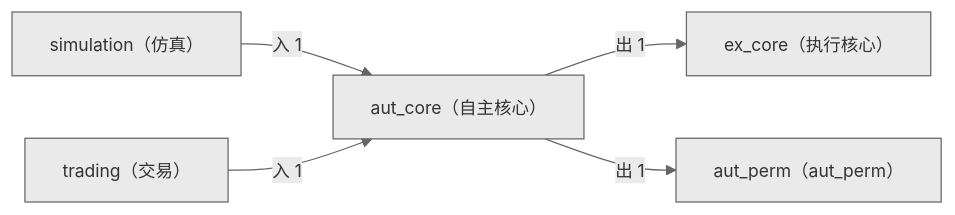
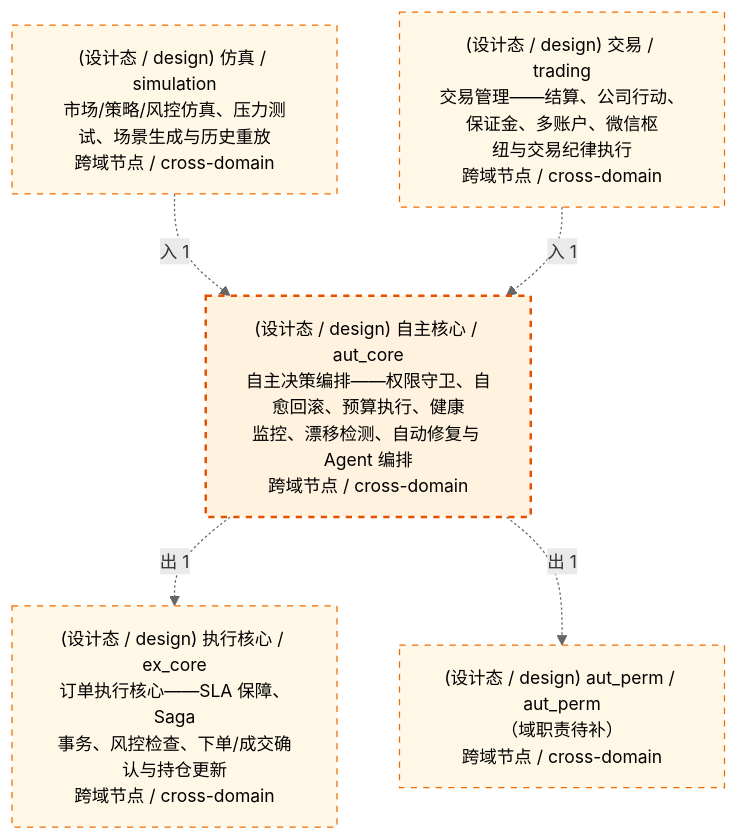
One commit to xuanFelixVan/ZephyrAlpha changed the third of 3 diagrams in docs/02_enterprise_architecture/06_decision_architecture/13_decision_l3_aut_core.md. Above: the diagram before and after it, drawn with Mermaid. The commit also changed other lines of this file and 23 other files, not shown here.

First line of the commit message:
feat(decisiongraph): 决策流图生成器模板 V1.2 全面升级——严格三视图+四要素标签+classDef四色+HTML联动

````diff
--- a/docs/02_enterprise_architecture/06_decision_architecture/13_decision_l3_aut_core.md
+++ b/docs/02_enterprise_architecture/06_decision_architecture/13_decision_l3_aut_core.md
@@ -88,13 +199,19 @@
 ```mermaid
-%%{init: {'theme': 'base', 'themeVariables': {'primaryColor': '#eaeaea', 'primaryTextColor': '#333333', 'primaryBorderColor': '#666666', 'lineColor': '#666666', 'secondaryColor': '#eaeaea', 'tertiaryColor': '#eaeaea', 'fontSize': '14px'}}}%%
-flowchart LR
-    SELF["aut_core（自主核心）"]
-    EXT_ex_core["ex_core（执行核心）"]
-    SELF -->|出 1| EXT_ex_core
-    EXT_aut_perm["aut_perm（aut_perm）"]
-    SELF -->|出 1| EXT_aut_perm
-    EXT_simulation["simulation（仿真）"]
-    EXT_simulation -->|入 1| SELF
-    EXT_trading["trading（交易）"]
-    EXT_trading -->|入 1| SELF
+%%{init: {'theme': 'base', 'themeVariables': {'primaryColor': '#eaeaea', 'primaryTextColor': '#333333', 'primaryBorderColor': '#666666', 'lineColor': '#666666', 'secondaryColor': '#eaeaea', 'tertiaryColor': '#eaeaea', 'clusterBkg': 'transparent', 'clusterBorder': 'transparent', 'fontSize': '14px'}}}%%
+flowchart TD
+    SELF["(设计态 / design) 自主核心 / aut_core<br/>自主决策编排——权限守卫、自愈回滚、预算执行、健康<br/>监控、漂移检测、自动修复与 Agent 编排<br/>跨域节点 / cross-domain"]
+    EXT_ex_core["(设计态 / design) 执行核心 / ex_core<br/>订单执行核心——SLA 保障、Saga<br/>事务、风控检查、下单/成交确认与持仓更新<br/>跨域节点 / cross-domain"]
+    SELF -.->|出 1| EXT_ex_core
+    EXT_aut_perm["(设计态 / design) aut_perm / aut_perm<br/>（域职责待补）<br/>跨域节点 / cross-domain"]
+    SELF -.->|出 1| EXT_aut_perm
+    EXT_simulation["(设计态 / design) 仿真 / simulation<br/>市场/策略/风控仿真、压力测试、场景生成与历史重放<br/>跨域节点 / cross-domain"]
+    EXT_simulation -.->|入 1| SELF
+    EXT_trading["(设计态 / design) 交易 / trading<br/>交易管理——结算、公司行动、保证金、多账户、微信枢<br/>纽与交易纪律执行<br/>跨域节点 / cross-domain"]
+    EXT_trading -.->|入 1| SELF
+    classDef production fill:#e1f5fe,stroke:#01579b,stroke-width:2px,color:#000
+    classDef design fill:#fff3e0,stroke:#e65100,stroke-width:2px,color:#000,stroke-dasharray: 5 5
+    classDef external_prod fill:#e8f4fd,stroke:#0277bd,stroke-width:1px,color:#000
+    classDef external_design fill:#fff8e7,stroke:#ef6c00,stroke-width:1px,color:#000,stroke-dasharray: 5 5
+    class SELF design
+    class EXT_ex_core,EXT_aut_perm,EXT_simulation,EXT_trading external_design
 ```
````
